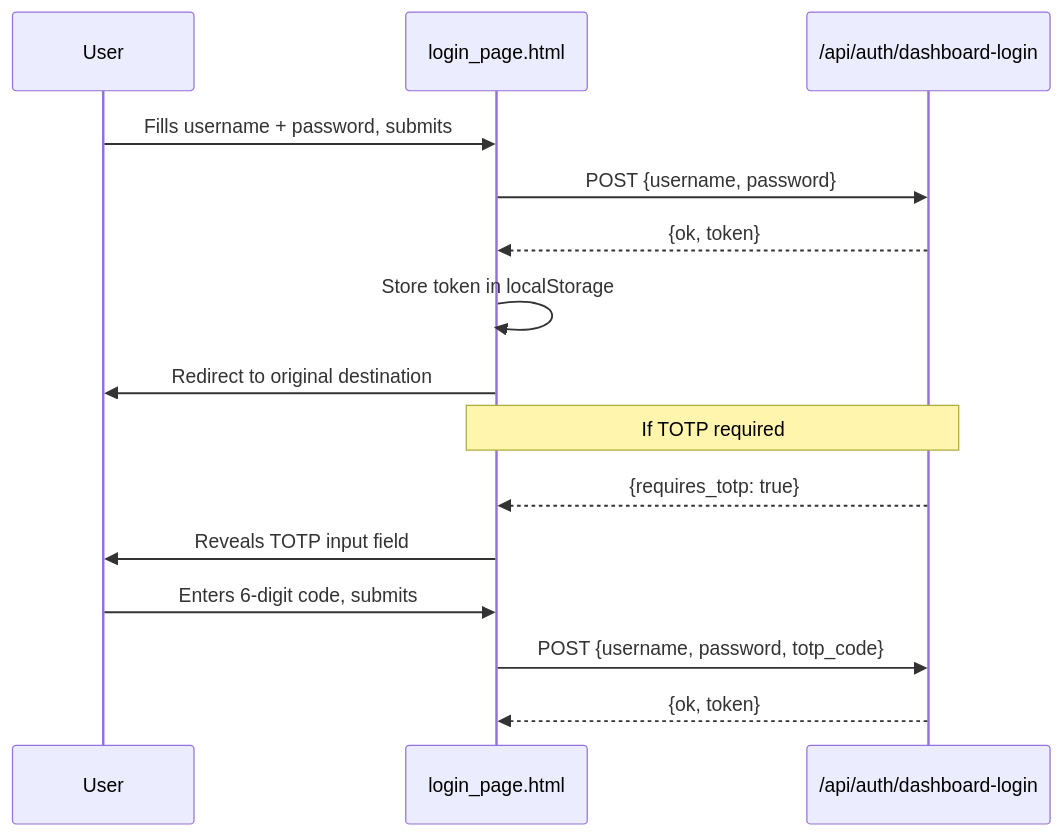
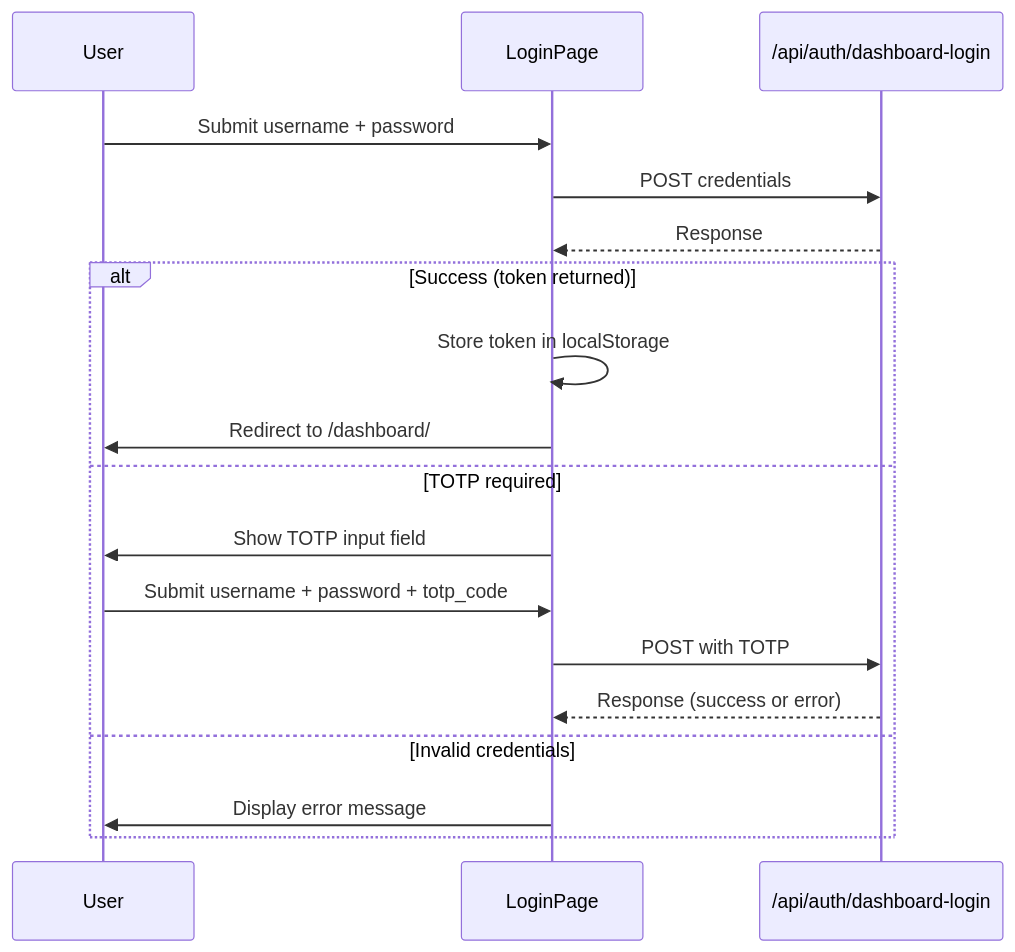
Before and after one commit to leszek3737/librefang-WIki: the diagram in other-librefang-api-src.md, drawn with Mermaid. The commit also changed other lines of this file and 110 other files, not shown here.

````diff
--- a/other-librefang-api-src.md
+++ b/other-librefang-api-src.md
@@ -15,19 +13,22 @@
 ```mermaid
 sequenceDiagram
     participant User
-    participant Page as login_page.html
+    participant LoginPage
     participant API as /api/auth/dashboard-login
 
-    User->>Page: Fills username + password, submits
-    Page->>API: POST {username, password}
-    API-->>Page: {ok, token}
-    Page->>Page: Store token in localStorage
-    Page->>User: Redirect to original destination
+    User->>LoginPage: Submit username + password
+    LoginPage->>API: POST credentials
+    API-->>LoginPage: Response
 
-    Note over Page,API: If TOTP required
-    API-->>Page: {requires_totp: true}
-    Page->>User: Reveals TOTP input field
-    User->>Page: Enters 6-digit code, submits
-    Page->>API: POST {username, password, totp_code}
-    API-->>Page: {ok, token}
+    alt Success (token returned)
+        LoginPage->>LoginPage: Store token in localStorage
+        LoginPage->>User: Redirect to /dashboard/
+    else TOTP required
+        LoginPage->>User: Show TOTP input field
+        User->>LoginPage: Submit username + password + totp_code
+        LoginPage->>API: POST with TOTP
+        API-->>LoginPage: Response (success or error)
+    else Invalid credentials
+        LoginPage->>User: Display error message
+    end
 ```
````
